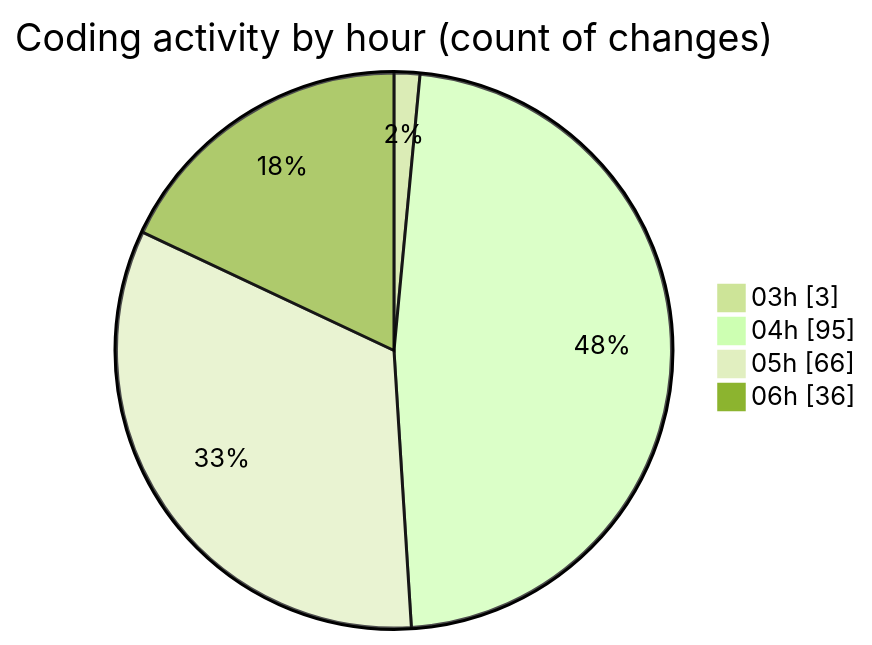
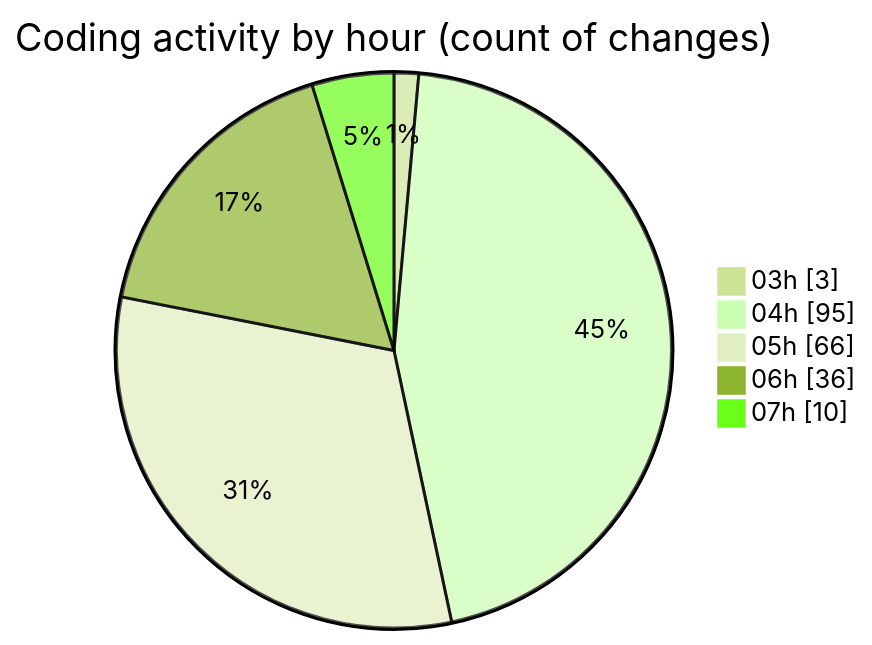
One commit to ernivani/code-tracking changed the second of 2 diagrams in 2025-01-03/tinycms/README.md. Above: the diagram before and after it, drawn with Mermaid (forest theme). The commit also changed other lines of this file and 4 other files, not shown here.

````diff
--- a/2025-01-03/tinycms/README.md
+++ b/2025-01-03/tinycms/README.md
@@ -68,8 +71,9 @@
 ```mermaid
 pie showData
 title Coding activity by hour (count of changes)
 "03h" : 3
 "04h" : 95
 "05h" : 66
 "06h" : 36
+"07h" : 10
 ```
````
